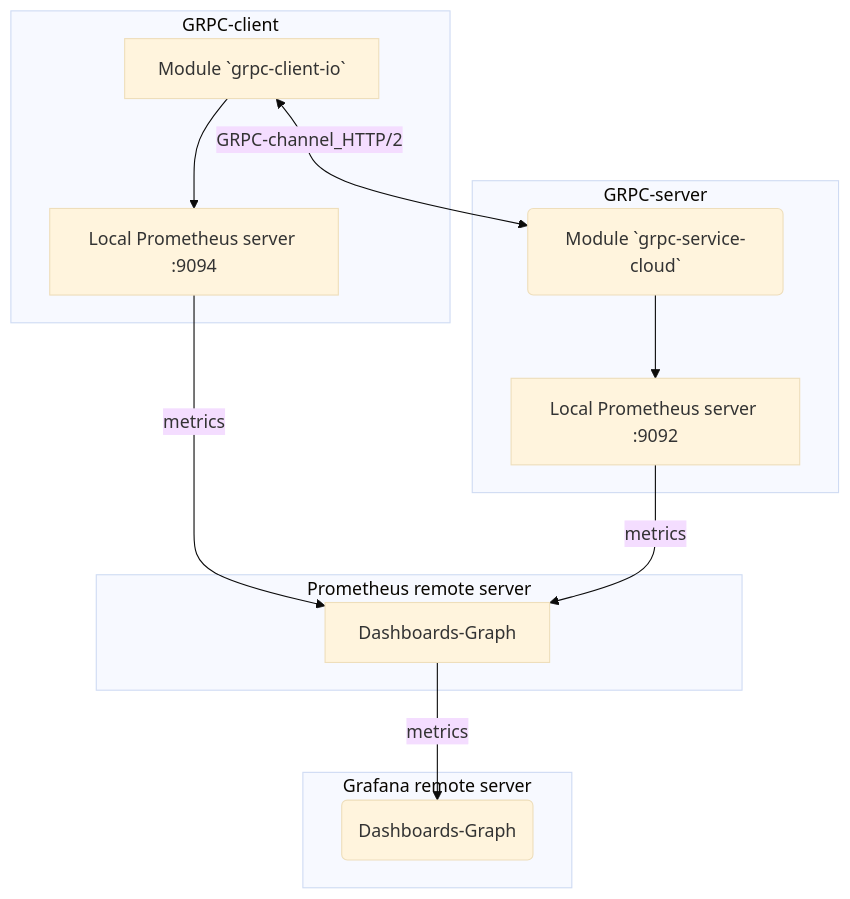
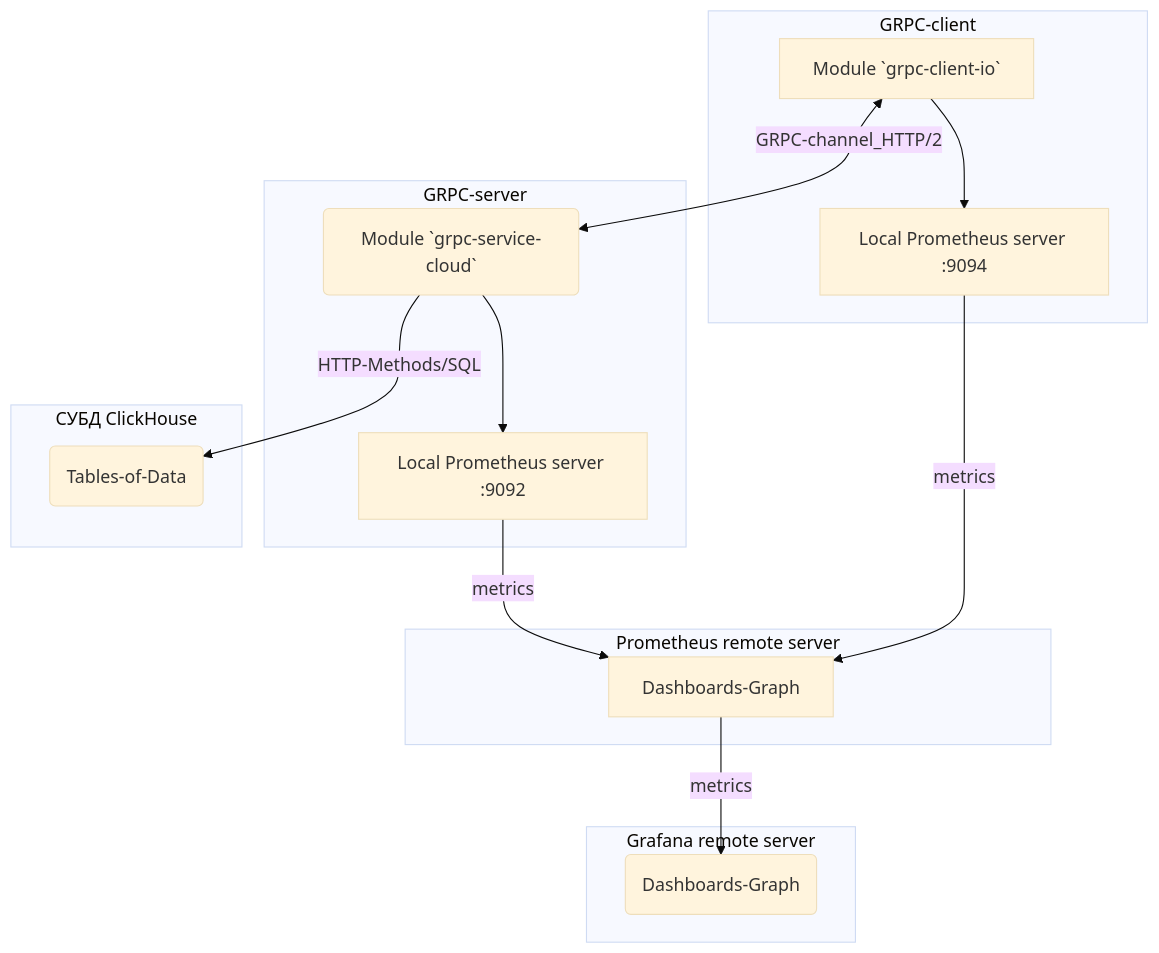
Before and after one commit to blablatov/scada-bidirectional-grpc-cloud: the diagram in README.md, drawn with Mermaid (base theme). The commit also changed other lines of this file and 3 other files, not shown here.

Commit message:
bidistreaming-grpc-cloud metrics

````diff
--- a/README.md
+++ b/README.md
@@ -98,23 +98,28 @@
 ```mermaid
 graph TB
 
   SubGraph1Flow
   subgraph "GRPC-server"
   SubGraph1Flow(Module `grpc-service-cloud`) --> Local-Prometheus-server-9092
   end
  
   subgraph "Prometheus remote server"
   SubGraph2Flow(Dashboards-Graph)
   end
 
   subgraph "Grafana remote server"
   SubGraph3Flow(Dashboards-Graph)
   end
 
+  subgraph "СУБД ClickHouse"
+  SubGraph4Flow(Tables-of-Data)
+  end
+
   subgraph "GRPC-client"
   Node1[Module `grpc-client-io`] -- GRPC-channel_HTTP/2 <--> SubGraph1Flow
   Node1[Module `grpc-client-io`] --> Local-Prometheus-server-9094[Local Prometheus server :9094] -- metrics --> SubGraph2Flow
   Local-Prometheus-server-9092[Local Prometheus server :9092] -- metrics --> SubGraph2Flow
   SubGraph2Flow[Dashboards-Graph] -- metrics --> SubGraph3Flow
+  SubGraph1Flow(Module `grpc-service-cloud`) -- HTTP-Methods/SQL --> SubGraph4Flow
 end
-```  
+```    
````
